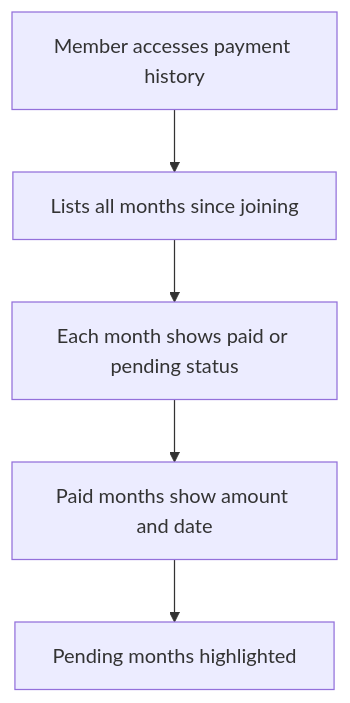
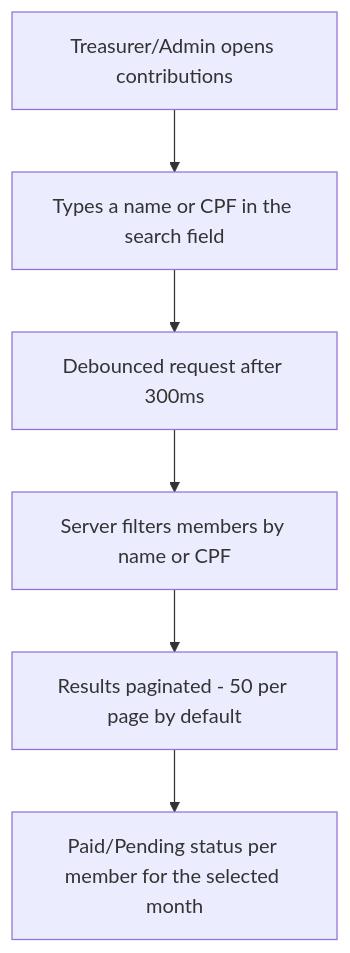
Before and after one commit to HDias/community: the eighth of 8 diagrams in docs/flows/04-contributions.md, drawn with Mermaid. The commit also changed other lines of this file and 4 other files, not shown here.

````diff
--- a/docs/flows/04-contributions.md
+++ b/docs/flows/04-contributions.md
@@ -109,7 +167,8 @@
 ```mermaid
 flowchart TD
-    A[Member accesses payment history] --> B[Lists all months since joining]
-    B --> C[Each month shows paid or pending status]
-    C --> D[Paid months show amount and date]
-    D --> E[Pending months highlighted]
+    A[Treasurer/Admin opens contributions] --> B[Types a name or CPF in the search field]
+    B --> C[Debounced request after 300ms]
+    C --> D[Server filters members by name or CPF]
+    D --> E[Results paginated - 50 per page by default]
+    E --> F[Paid/Pending status per member for the selected month]
 ```
````
